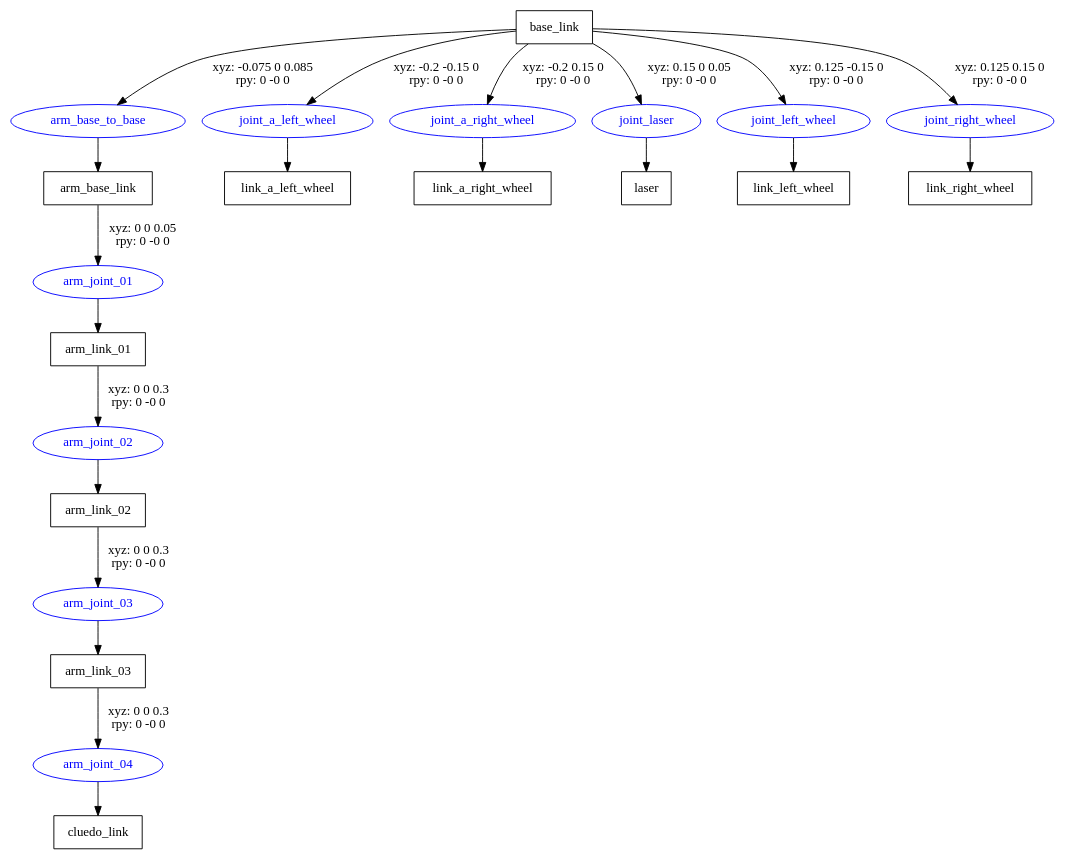
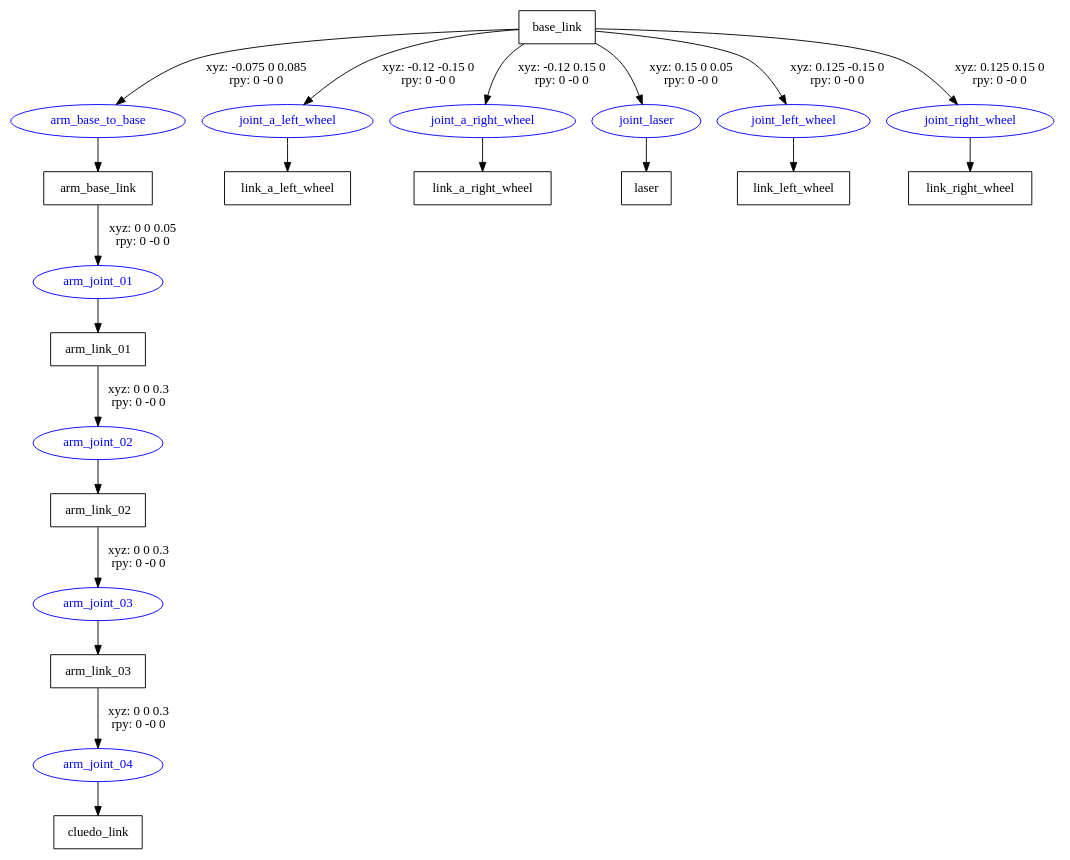
The diagram in robocluedo_dependencies/robocluedo_urdf_model/robot/model/robocluedo_robot.gv (programmatoroSeduto/ExperimentalRoboticsLab-Assignment-2), drawn with Graphviz before and after one commit. The commit also changed 47 other files, not shown here.

```diff
--- a/robocluedo_dependencies/robocluedo_urdf_model/robot/model/robocluedo_robot.gv
+++ b/robocluedo_dependencies/robocluedo_urdf_model/robot/model/robocluedo_robot.gv
@@ -1,35 +1,35 @@
 digraph G {
 node [shape=box];
 "base_link" [label="base_link"];
 "arm_base_link" [label="arm_base_link"];
 "arm_link_01" [label="arm_link_01"];
 "arm_link_02" [label="arm_link_02"];
 "arm_link_03" [label="arm_link_03"];
 "cluedo_link" [label="cluedo_link"];
 "link_a_left_wheel" [label="link_a_left_wheel"];
 "link_a_right_wheel" [label="link_a_right_wheel"];
 "laser" [label="laser"];
 "link_left_wheel" [label="link_left_wheel"];
 "link_right_wheel" [label="link_right_wheel"];
 node [shape=ellipse, color=blue, fontcolor=blue];
 "base_link" -> "arm_base_to_base" [label="xyz: -0.075 0 0.085 \nrpy: 0 -0 0"]
 "arm_base_to_base" -> "arm_base_link"
 "arm_base_link" -> "arm_joint_01" [label="xyz: 0 0 0.05 \nrpy: 0 -0 0"]
 "arm_joint_01" -> "arm_link_01"
 "arm_link_01" -> "arm_joint_02" [label="xyz: 0 0 0.3 \nrpy: 0 -0 0"]
 "arm_joint_02" -> "arm_link_02"
 "arm_link_02" -> "arm_joint_03" [label="xyz: 0 0 0.3 \nrpy: 0 -0 0"]
 "arm_joint_03" -> "arm_link_03"
 "arm_link_03" -> "arm_joint_04" [label="xyz: 0 0 0.3 \nrpy: 0 -0 0"]
 "arm_joint_04" -> "cluedo_link"
-"base_link" -> "joint_a_left_wheel" [label="xyz: -0.2 -0.15 0 \nrpy: 0 -0 0"]
+"base_link" -> "joint_a_left_wheel" [label="xyz: -0.12 -0.15 0 \nrpy: 0 -0 0"]
 "joint_a_left_wheel" -> "link_a_left_wheel"
-"base_link" -> "joint_a_right_wheel" [label="xyz: -0.2 0.15 0 \nrpy: 0 -0 0"]
+"base_link" -> "joint_a_right_wheel" [label="xyz: -0.12 0.15 0 \nrpy: 0 -0 0"]
 "joint_a_right_wheel" -> "link_a_right_wheel"
 "base_link" -> "joint_laser" [label="xyz: 0.15 0 0.05 \nrpy: 0 -0 0"]
 "joint_laser" -> "laser"
 "base_link" -> "joint_left_wheel" [label="xyz: 0.125 -0.15 0 \nrpy: 0 -0 0"]
 "joint_left_wheel" -> "link_left_wheel"
 "base_link" -> "joint_right_wheel" [label="xyz: 0.125 0.15 0 \nrpy: 0 -0 0"]
 "joint_right_wheel" -> "link_right_wheel"
 }
```
